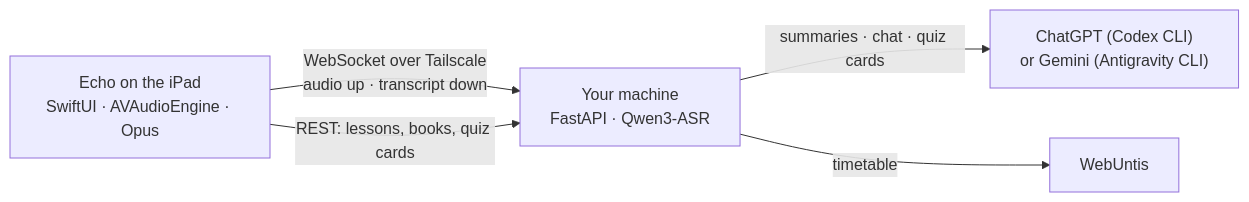
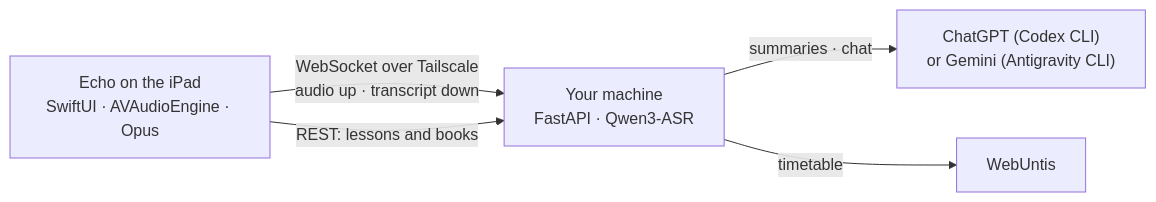
Before and after one commit to 4MBs/echo-ios: the diagram in README.md, drawn with Mermaid. The commit also changed other lines of this file and 39 other files, not shown here.

````diff
--- a/README.md
+++ b/README.md
@@ -313,11 +271,11 @@
 ```mermaid
 flowchart LR
     A["Echo on the iPad<br/>SwiftUI · AVAudioEngine · Opus"]
     B["Your machine<br/>FastAPI · Qwen3-ASR"]
     C["ChatGPT (Codex CLI)<br/>or Gemini (Antigravity CLI)"]
     D["WebUntis"]
     A -- "WebSocket over Tailscale<br/>audio up · transcript down" --> B
-    A -- "REST: lessons, books, quiz cards" --> B
-    B -- "summaries · chat · quiz cards" --> C
+    A -- "REST: lessons and books" --> B
+    B -- "summaries · chat" --> C
     B -- "timetable" --> D
 ```
````
